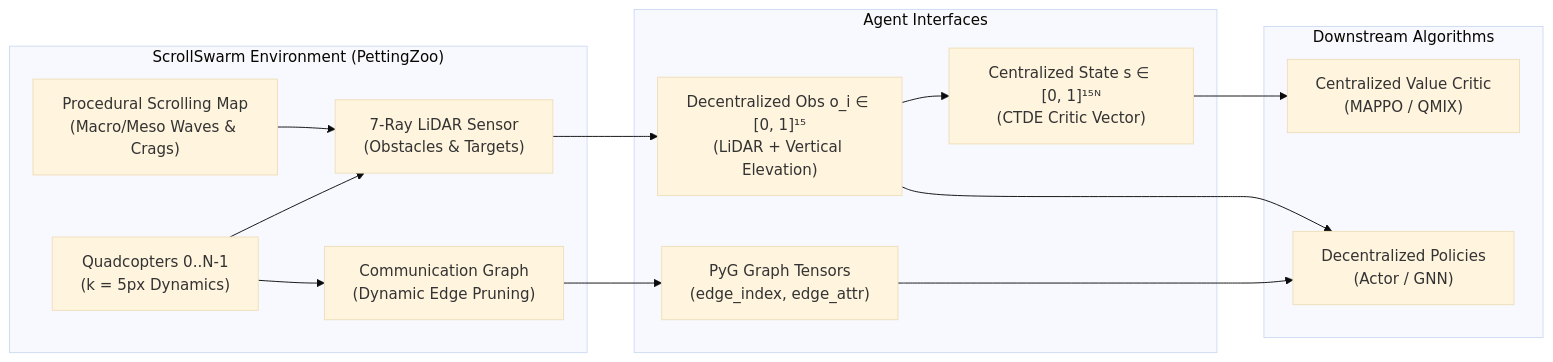
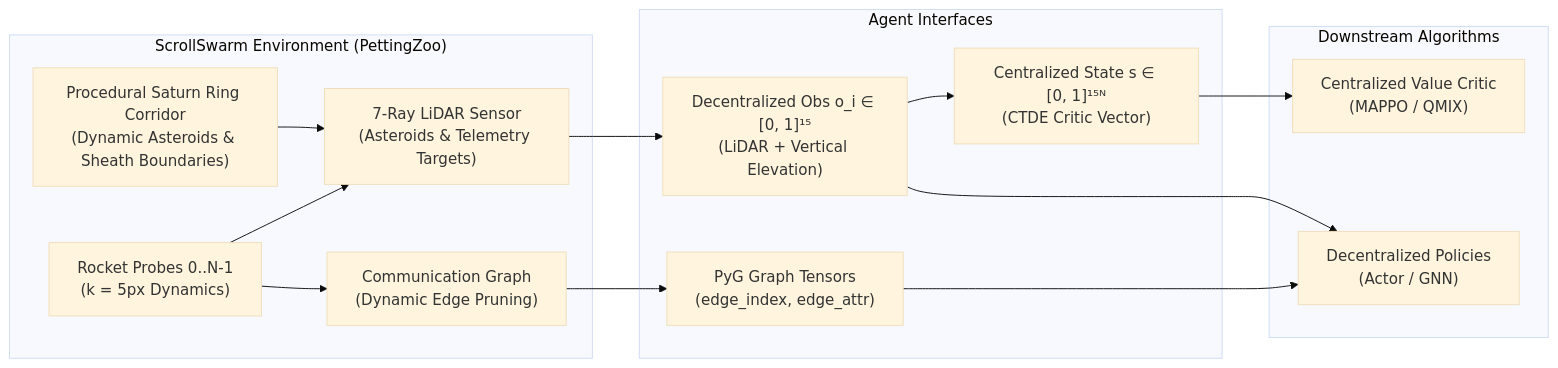
One commit to HamBa-m/scrollswarm changed the diagram in docs/index.md. Above: the diagram before and after it, drawn with Mermaid (base theme). The commit also changed other lines of this file and 22 other files, not shown here.

Commit message:
Implement Saturn ring surfing theme with dynamic polygon asteroids, rocket probes, and Hill's epicyclic motion

````diff
--- a/docs/index.md
+++ b/docs/index.md
@@ -25,30 +25,30 @@
 ```mermaid
 graph LR
     subgraph Environment ["ScrollSwarm Environment (PettingZoo)"]
-        Map["Procedural Scrolling Map<br/>(Macro/Meso Waves & Crags)"]
-        Agents["Quadcopters 0..N-1<br/>(k = 5px Dynamics)"]
-        LiDAR["7-Ray LiDAR Sensor<br/>(Obstacles & Targets)"]
+        Map["Procedural Saturn Ring Corridor<br/>(Dynamic Asteroids & Sheath Boundaries)"]
+        Agents["Rocket Probes 0..N-1<br/>(k = 5px Dynamics)"]
+        LiDAR["7-Ray LiDAR Sensor<br/>(Asteroids & Telemetry Targets)"]
         Graph["Communication Graph<br/>(Dynamic Edge Pruning)"]
     end
 
     subgraph Observations ["Agent Interfaces"]
         Obs["Decentralized Obs o_i ∈ [0, 1]¹⁵<br/>(LiDAR + Vertical Elevation)"]
         GlobalState["Centralized State s ∈ [0, 1]¹⁵ᴺ<br/>(CTDE Critic Vector)"]
         PyGData["PyG Graph Tensors<br/>(edge_index, edge_attr)"]
     end
 
     subgraph MARL ["Downstream Algorithms"]
         Actors["Decentralized Policies<br/>(Actor / GNN)"]
         Critic["Centralized Value Critic<br/>(MAPPO / QMIX)"]
     end
 
     Map --> LiDAR
     Agents --> LiDAR
     Agents --> Graph
     LiDAR --> Obs
     Obs --> GlobalState
     Graph --> PyGData
     Obs --> Actors
     GlobalState --> Critic
     PyGData --> Actors
 ```
````
